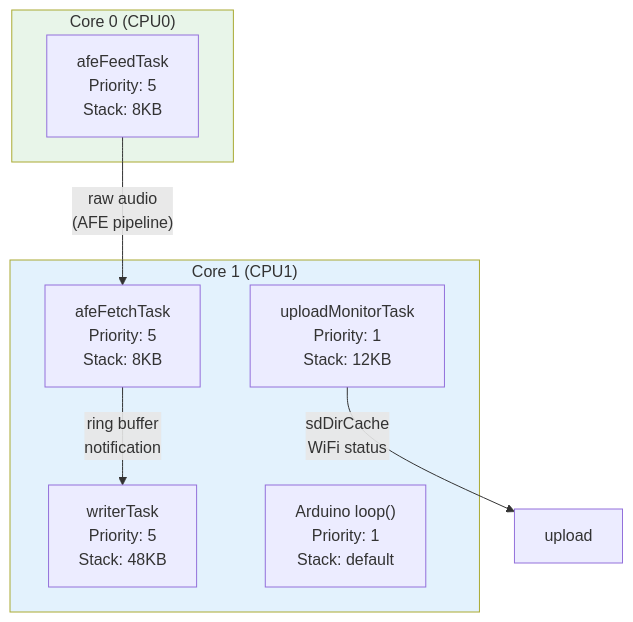
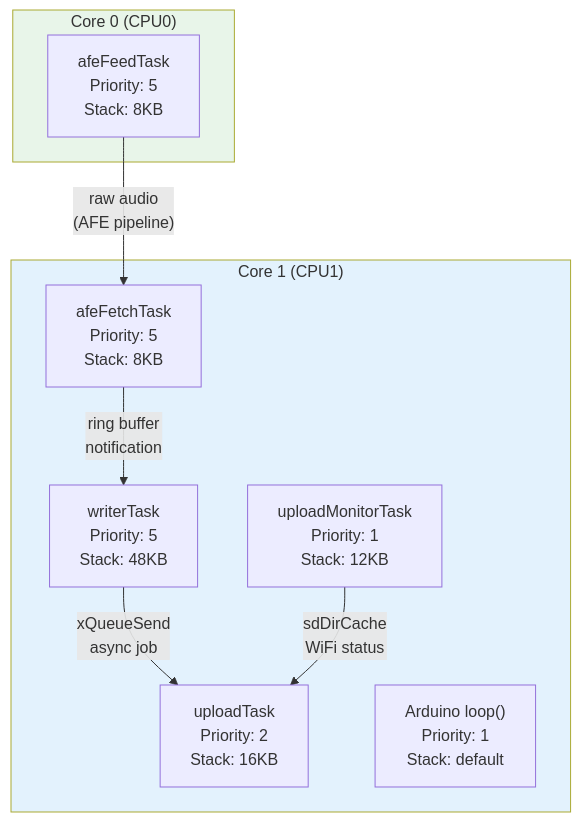
One commit to dlgreenwald/lifelog changed the second of 6 diagrams in firmware-ota/ARCHITECTURE.md. Above: the diagram before and after it, drawn with Mermaid. The commit also changed other lines of this file, not shown here.

Commit message:
docs: update ARCHITECTURE.md — async upload task, new AGC settings, SD flush threshold

````diff
--- a/firmware-ota/ARCHITECTURE.md
+++ b/firmware-ota/ARCHITECTURE.md
@@ -73,20 +76,22 @@
 ```mermaid
 graph TB
     subgraph Core0["Core 0 (CPU0)"]
         feed["afeFeedTask<br/>Priority: 5<br/>Stack: 8KB"]
     end
 
     subgraph Core1["Core 1 (CPU1)"]
         fetch["afeFetchTask<br/>Priority: 5<br/>Stack: 8KB"]
         writer["writerTask<br/>Priority: 5<br/>Stack: 48KB"]
+        upload["uploadTask<br/>Priority: 2<br/>Stack: 16KB"]
         mon["uploadMonitorTask<br/>Priority: 1<br/>Stack: 12KB"]
         loop["Arduino loop()<br/>Priority: 1<br/>Stack: default"]
     end
 
     feed -->|"raw audio<br/>(AFE pipeline)"| fetch
     fetch -->|"ring buffer<br/>notification"| writer
+    writer -->|"xQueueSend<br/>async job"| upload
     mon -->|"sdDirCache<br/>WiFi status"| upload
 
     style Core0 fill:#e8f5e9
     style Core1 fill:#e3f2fd
 ```
````
